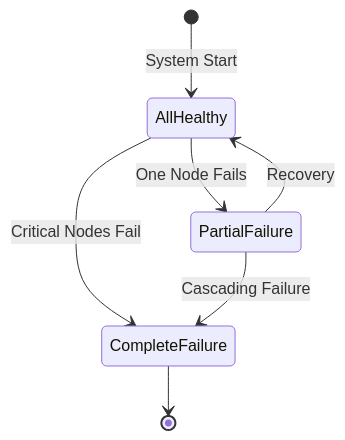
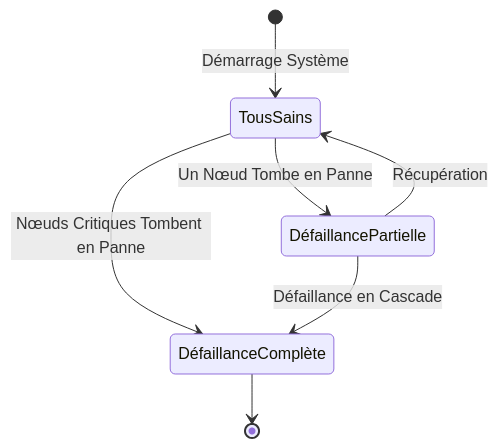
One commit to dardourimohamed/distributed-systems-course changed the fourth of 9 diagrams in src/fundamentals/01-what-is-ds.md. Above: the diagram before and after it, drawn with Mermaid. The commit also changed other lines of this file and 38 other files, not shown here.

````diff
--- a/src/fundamentals/01-what-is-ds.md
+++ b/src/fundamentals/01-what-is-ds.md
@@ -91,9 +91,9 @@
 ```mermaid
 stateDiagram-v2
-    [*] --> AllHealthy: System Start
-    AllHealthy --> PartialFailure: One Node Fails
-    AllHealthy --> CompleteFailure: Critical Nodes Fail
-    PartialFailure --> AllHealthy: Recovery
-    PartialFailure --> CompleteFailure: Cascading Failure
-    CompleteFailure --> [*]
+    [*] --> TousSains: Démarrage Système
+    TousSains --> DéfaillancePartielle: Un Nœud Tombe en Panne
+    TousSains --> DéfaillanceComplète: Nœuds Critiques Tombent en Panne
+    DéfaillancePartielle --> TousSains: Récupération
+    DéfaillancePartielle --> DéfaillanceComplète: Défaillance en Cascade
+    DéfaillanceComplète --> [*]
 ```
````
